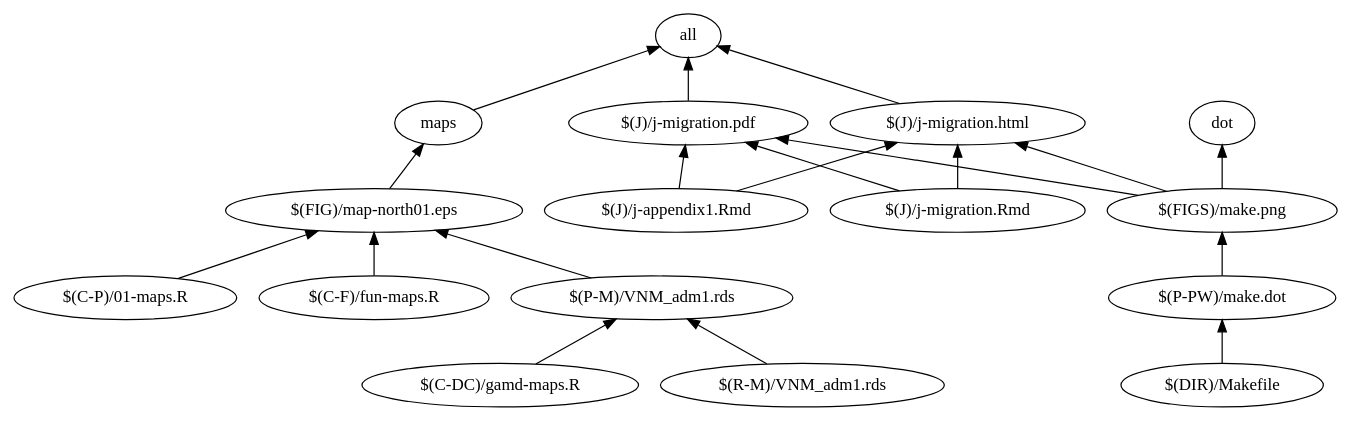
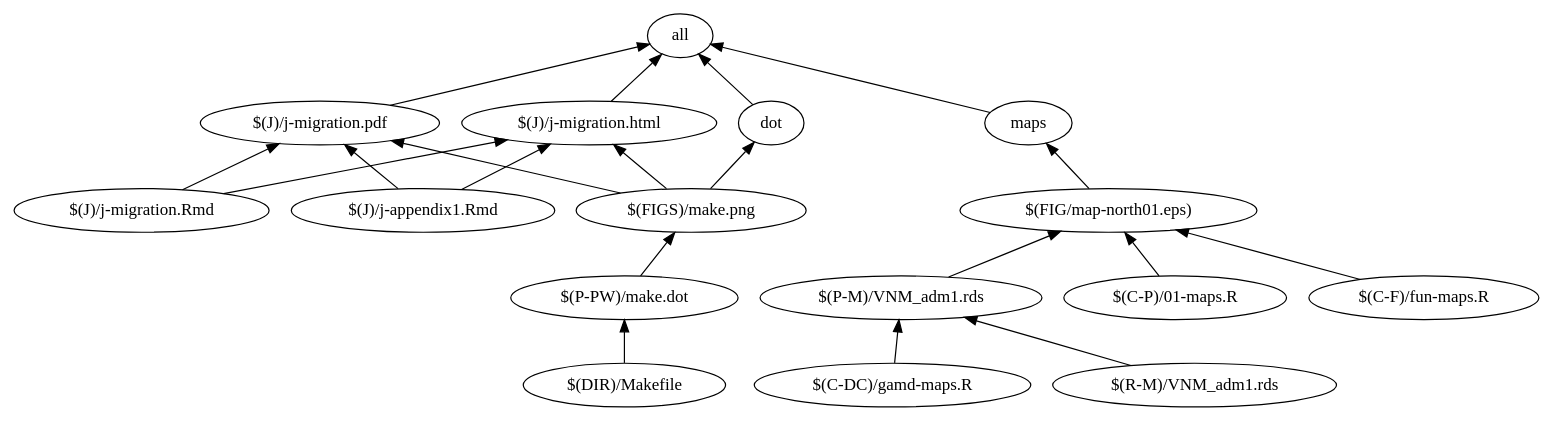
Before and after one commit to majazaloznik/vn: the diagram in data/processed/project-wide/make.dot, drawn with Graphviz. The commit also changed 4 other files, not shown here.

```diff
--- a/data/processed/project-wide/make.dot
+++ b/data/processed/project-wide/make.dot
@@ -1,31 +1,32 @@
 digraph G {
 	rankdir="BT"
 	"all"
 	"$(J)/j-migration.pdf" -> "all"
 	"$(J)/j-migration.html" -> "all"
 	"maps" -> "all"
+	"dot" -> "all"
 	"dot"
 	"$(FIGS)/make.png" -> "dot"
 	"maps"
-	"$(FIG)/map-north01.eps" -> "maps"
+	"$(FIG/map-north01.eps)" -> "maps"
 	"$(P-PW)/make.dot"
 	"$(DIR)/Makefile" -> "$(P-PW)/make.dot"
 	"$(FIGS)/make.png"
 	"$(P-PW)/make.dot" -> "$(FIGS)/make.png"
 	"$(J)/j-migration.html"
 	"$(J)/j-migration.Rmd" -> "$(J)/j-migration.html"
 	"$(J)/j-appendix1.Rmd" -> "$(J)/j-migration.html"
 	"$(FIGS)/make.png" -> "$(J)/j-migration.html"
 	"$(J)/j-migration.pdf"
 	"$(J)/j-migration.Rmd" -> "$(J)/j-migration.pdf"
 	"$(J)/j-appendix1.Rmd" -> "$(J)/j-migration.pdf"
 	"$(FIGS)/make.png" -> "$(J)/j-migration.pdf"
 	"$(R-M)/VNM_adm1.rds"
 	"$(P-M)/VNM_adm1.rds"
 	"$(C-DC)/gamd-maps.R" -> "$(P-M)/VNM_adm1.rds"
 	"$(R-M)/VNM_adm1.rds" -> "$(P-M)/VNM_adm1.rds"
-	"$(FIG)/map-north01.eps"
-	"$(C-P)/01-maps.R" -> "$(FIG)/map-north01.eps"
-	"$(P-M)/VNM_adm1.rds" -> "$(FIG)/map-north01.eps"
-	"$(C-F)/fun-maps.R" -> "$(FIG)/map-north01.eps"
+	"$(FIG/map-north01.eps)"
+	"$(C-P)/01-maps.R" -> "$(FIG/map-north01.eps)"
+	"$(P-M)/VNM_adm1.rds" -> "$(FIG/map-north01.eps)"
+	"$(C-F)/fun-maps.R" -> "$(FIG/map-north01.eps)"
 }
```
